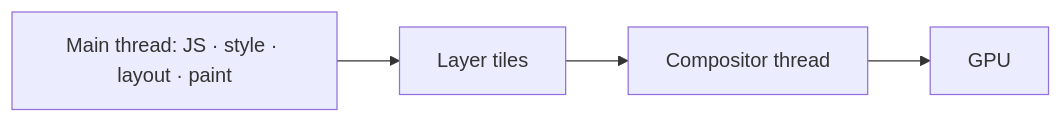
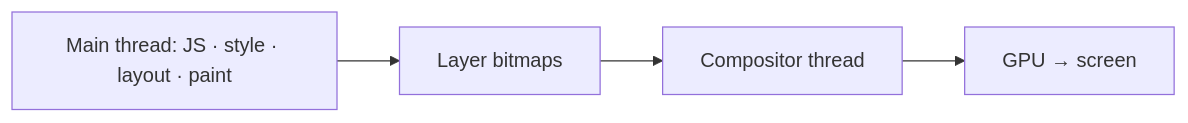
The sixth of 7 diagrams in docs/javascript/20-rendering.md (prajjwaljogdand/FullstackPreparation), drawn with Mermaid before and after one commit. The commit also changed other lines of this file and 91 other files, not shown here.

````diff
--- a/docs/javascript/20-rendering.md
+++ b/docs/javascript/20-rendering.md
@@ -145,6 +301,6 @@
 ```mermaid
 flowchart LR
-  main["Main thread: JS · style · layout · paint"] --> layers["Layer tiles"]
+  main["Main thread: JS · style · layout · paint"] --> layers["Layer bitmaps"]
   layers --> comp["Compositor thread"]
-  comp --> gpu["GPU"]
+  comp --> gpu["GPU → screen"]
 ```
````
